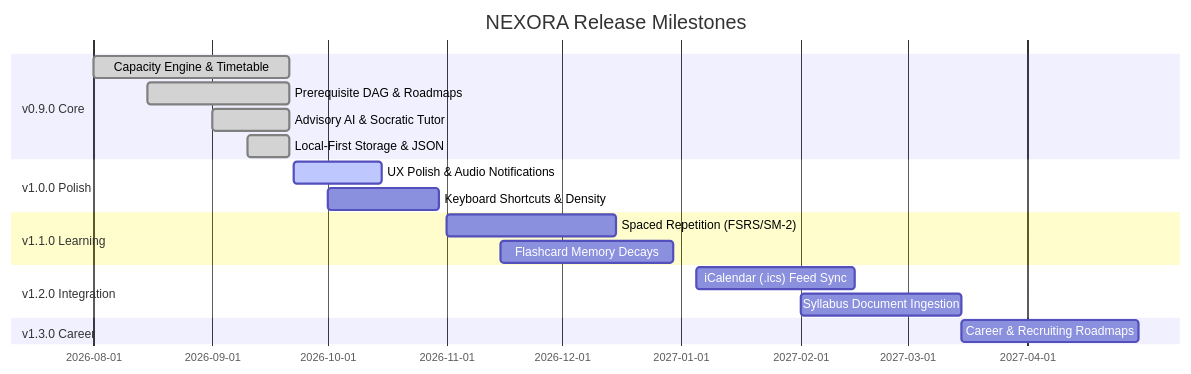
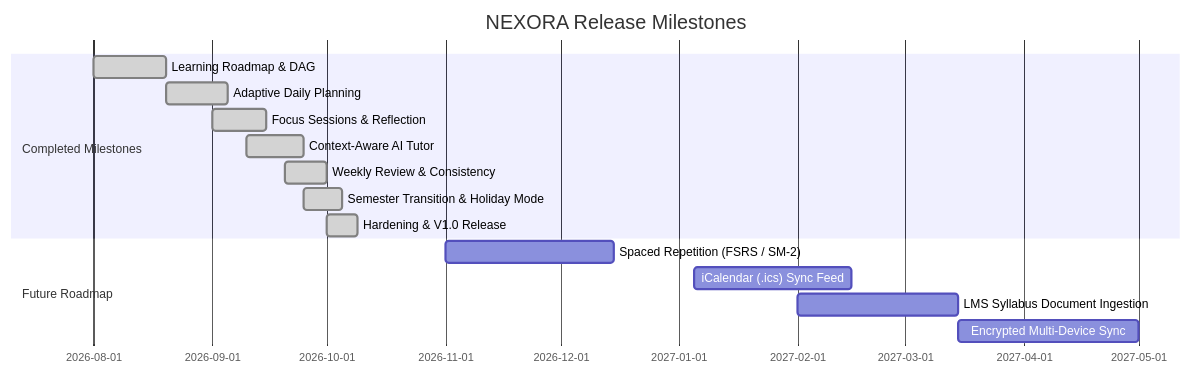
Before and after one commit to madanapallishaikmohammedtalha-dot/NEXORA: the diagram in docs/ROADMAP.md, drawn with Mermaid. The commit also changed other lines of this file and 50 other files, not shown here.

First line of the commit message:
feat: implement holiday mode and system metadata

````diff
--- a/docs/ROADMAP.md
+++ b/docs/ROADMAP.md
@@ -5,21 +5,18 @@
 ```mermaid
 gantt
     title NEXORA Release Milestones
     dateFormat  YYYY-MM-DD
-    section v0.9.0 Core
-    Capacity Engine & Timetable     :done, des1, 2026-08-01, 2026-09-21
-    Prerequisite DAG & Roadmaps     :done, des2, 2026-08-15, 2026-09-21
-    Advisory AI & Socratic Tutor    :done, des3, 2026-09-01, 2026-09-21
-    Local-First Storage & JSON      :done, des4, 2026-09-10, 2026-09-21
-    section v1.0.0 Polish
-    UX Polish & Audio Notifications :active, des5, 2026-09-22, 2026-10-15
-    Keyboard Shortcuts & Density    :des6, 2026-10-01, 2026-10-30
-    section v1.1.0 Learning
-    Spaced Repetition (FSRS/SM-2)   :des7, 2026-11-01, 2026-12-15
-    Flashcard Memory Decays         :des8, 2026-11-15, 2026-12-30
-    section v1.2.0 Integration
-    iCalendar (.ics) Feed Sync      :des9, 2027-01-05, 2027-02-15
-    Syllabus Document Ingestion     :des10, 2027-02-01, 2027-03-15
-    section v1.3.0 Career
-    Career & Recruiting Roadmaps    :des11, 2027-03-15, 2027-04-30
+    section Completed Milestones
+    Learning Roadmap & DAG            :done, m1, 2026-08-01, 2026-08-20
+    Adaptive Daily Planning          :done, m2, 2026-08-20, 2026-09-05
+    Focus Sessions & Reflection       :done, m3, 2026-09-01, 2026-09-15
+    Context-Aware AI Tutor           :done, m4, 2026-09-10, 2026-09-25
+    Weekly Review & Consistency       :done, m5, 2026-09-20, 2026-10-01
+    Semester Transition & Holiday Mode:done, m6, 2026-09-25, 2026-10-05
+    Hardening & V1.0 Release         :done, m7, 2026-10-01, 2026-10-09
+    section Future Roadmap
+    Spaced Repetition (FSRS / SM-2)   :des1, 2026-11-01, 2026-12-15
+    iCalendar (.ics) Sync Feed        :des2, 2027-01-05, 2027-02-15
+    LMS Syllabus Document Ingestion   :des3, 2027-02-01, 2027-03-15
+    Encrypted Multi-Device Sync       :des4, 2027-03-15, 2027-05-01
 ```
````
